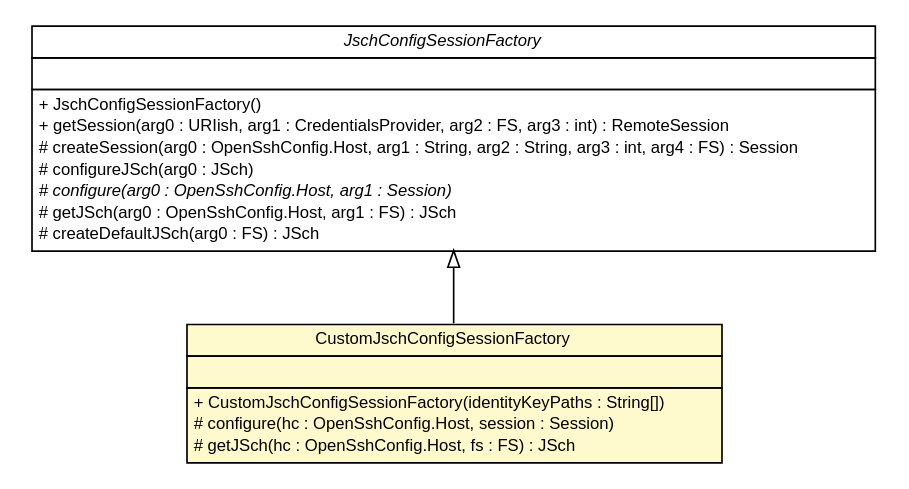
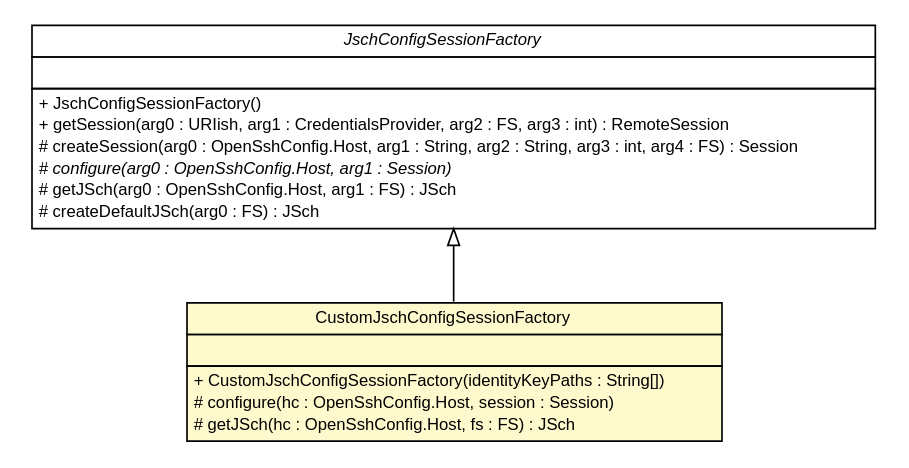
The diagram in snapshot/build-docker/maven-build-java8/spring-cloud-config/spring-cloud-config-server/apidocs/cn/home1/cloud/config/server/ssh/CustomJschConfigSessionFactory.dot (sfeng9d/spring-cloud-config), drawn with Graphviz before and after one commit. The commit also changed 193 other files, not shown here.

Commit message:
Creating site for spring-cloud-config-server-1.0.1-SNAPSHOT

```diff
--- a/snapshot/build-docker/maven-build-java8/spring-cloud-config/spring-cloud-config-server/apidocs/cn/home1/cloud/config/server/ssh/CustomJschConfigSessionFactory.dot
+++ b/snapshot/build-docker/maven-build-java8/spring-cloud-config/spring-cloud-config-server/apidocs/cn/home1/cloud/config/server/ssh/CustomJschConfigSessionFactory.dot
@@ -1,46 +1,45 @@
 #!/usr/local/bin/dot
 #
 # Class diagram 
 # Generated by UMLGraph version R5_6-24-gf6e263 (http://www.umlgraph.org/)
 #
 
 digraph G {
 	edge [fontname="Helvetica",fontsize=10,labelfontname="Helvetica",labelfontsize=10];
 	node [fontname="Helvetica",fontsize=10,shape=plaintext];
 	nodesep=0.25;
 	ranksep=0.5;
 	// cn.home1.cloud.config.server.ssh.CustomJschConfigSessionFactory
-	c225 [label=<<table title="cn.home1.cloud.config.server.ssh.CustomJschConfigSessionFactory" border="0" cellborder="1" cellspacing="0" cellpadding="2" port="p" bgcolor="lemonChiffon" href="./CustomJschConfigSessionFactory.html">
+	c228 [label=<<table title="cn.home1.cloud.config.server.ssh.CustomJschConfigSessionFactory" border="0" cellborder="1" cellspacing="0" cellpadding="2" port="p" bgcolor="lemonChiffon" href="./CustomJschConfigSessionFactory.html">
 		<tr><td><table border="0" cellspacing="0" cellpadding="1">
 <tr><td align="center" balign="center"> CustomJschConfigSessionFactory </td></tr>
 		</table></td></tr>
 		<tr><td><table border="0" cellspacing="0" cellpadding="1">
 <tr><td align="left" balign="left">  </td></tr>
 		</table></td></tr>
 		<tr><td><table border="0" cellspacing="0" cellpadding="1">
 <tr><td align="left" balign="left"> + CustomJschConfigSessionFactory(identityKeyPaths : String[]) </td></tr>
 <tr><td align="left" balign="left"> # configure(hc : OpenSshConfig.Host, session : Session) </td></tr>
 <tr><td align="left" balign="left"> # getJSch(hc : OpenSshConfig.Host, fs : FS) : JSch </td></tr>
 		</table></td></tr>
 		</table>>, URL="./CustomJschConfigSessionFactory.html", fontname="Helvetica", fontcolor="black", fontsize=10.0];
 	//cn.home1.cloud.config.server.ssh.CustomJschConfigSessionFactory extends org.eclipse.jgit.transport.JschConfigSessionFactory
-	c228:p -> c225:p [dir=back,arrowtail=empty];
+	c231:p -> c228:p [dir=back,arrowtail=empty];
 	// org.eclipse.jgit.transport.JschConfigSessionFactory
-	c228 [label=<<table title="org.eclipse.jgit.transport.JschConfigSessionFactory" border="0" cellborder="1" cellspacing="0" cellpadding="2" port="p" href="http://java.sun.com/j2se/1.4.2/docs/api/org/eclipse/jgit/transport/JschConfigSessionFactory.html">
+	c231 [label=<<table title="org.eclipse.jgit.transport.JschConfigSessionFactory" border="0" cellborder="1" cellspacing="0" cellpadding="2" port="p" href="http://java.sun.com/j2se/1.4.2/docs/api/org/eclipse/jgit/transport/JschConfigSessionFactory.html">
 		<tr><td><table border="0" cellspacing="0" cellpadding="1">
 <tr><td align="center" balign="center"><font face="Helvetica-Oblique"> JschConfigSessionFactory </font></td></tr>
 		</table></td></tr>
 		<tr><td><table border="0" cellspacing="0" cellpadding="1">
 <tr><td align="left" balign="left">  </td></tr>
 		</table></td></tr>
 		<tr><td><table border="0" cellspacing="0" cellpadding="1">
 <tr><td align="left" balign="left"> + JschConfigSessionFactory() </td></tr>
 <tr><td align="left" balign="left"> + getSession(arg0 : URIish, arg1 : CredentialsProvider, arg2 : FS, arg3 : int) : RemoteSession </td></tr>
 <tr><td align="left" balign="left"> # createSession(arg0 : OpenSshConfig.Host, arg1 : String, arg2 : String, arg3 : int, arg4 : FS) : Session </td></tr>
-<tr><td align="left" balign="left"> # configureJSch(arg0 : JSch) </td></tr>
 <tr><td align="left" balign="left"><font face="Helvetica-Oblique" point-size="10.0"> # configure(arg0 : OpenSshConfig.Host, arg1 : Session) </font></td></tr>
 <tr><td align="left" balign="left"> # getJSch(arg0 : OpenSshConfig.Host, arg1 : FS) : JSch </td></tr>
 <tr><td align="left" balign="left"> # createDefaultJSch(arg0 : FS) : JSch </td></tr>
 		</table></td></tr>
 		</table>>, URL="http://java.sun.com/j2se/1.4.2/docs/api/org/eclipse/jgit/transport/JschConfigSessionFactory.html", fontname="Helvetica", fontcolor="black", fontsize=10.0];
 }
```
